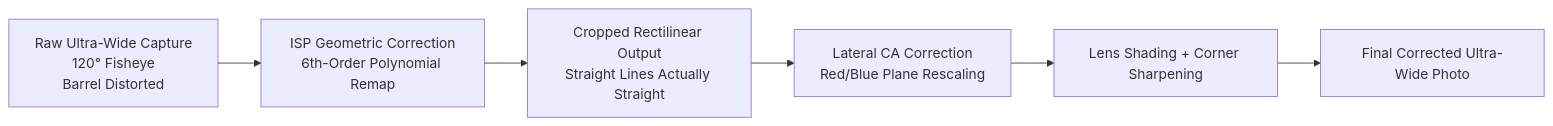
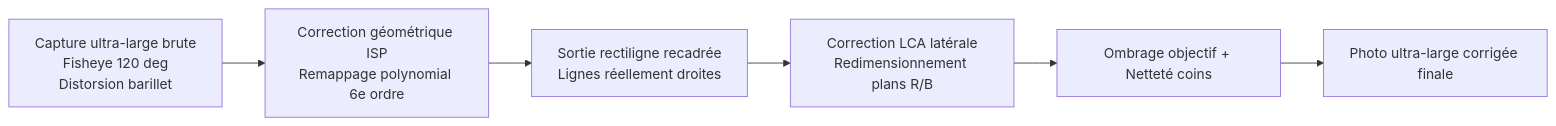
One commit to zoozooll/AndroidCameraParameters changed the fifth of 7 diagrams in website/i18n/fr/docusaurus-plugin-content-docs/current/camera2/what-can-modern-smartphone-cameras-do.md. Above: the diagram before and after it, drawn with Mermaid. The commit also changed other lines of this file and 378 other files, not shown here.

````diff
--- a/website/i18n/fr/docusaurus-plugin-content-docs/current/camera2/what-can-modern-smartphone-cameras-do.md
+++ b/website/i18n/fr/docusaurus-plugin-content-docs/current/camera2/what-can-modern-smartphone-cameras-do.md
@@ -154,8 +154,8 @@
 ```mermaid
 flowchart LR
-    A[Raw Ultra-Wide Capture\n120° Fisheye\nBarrel Distorted] --> B[ISP Geometric Correction\n6th-Order Polynomial Remap]
-    B --> C[Cropped Rectilinear Output\nStraight Lines Actually Straight]
-    C --> D[Lateral CA Correction\nRed/Blue Plane Rescaling]
-    D --> E[Lens Shading + Corner Sharpening]
-    E --> F[Final Corrected Ultra-Wide Photo]
+    A["Capture ultra-large brute<br/>Fisheye 120 deg<br/>Distorsion barillet"] --> B["Correction géométrique ISP<br/>Remappage polynomial 6e ordre"]
+    B --> C["Sortie rectiligne recadrée<br/>Lignes réellement droites"]
+    C --> D["Correction LCA latérale<br/>Redimensionnement plans R/B"]
+    D --> E["Ombrage objectif + Netteté coins"]
+    E --> F["Photo ultra-large corrigée finale"]
 ```
````
